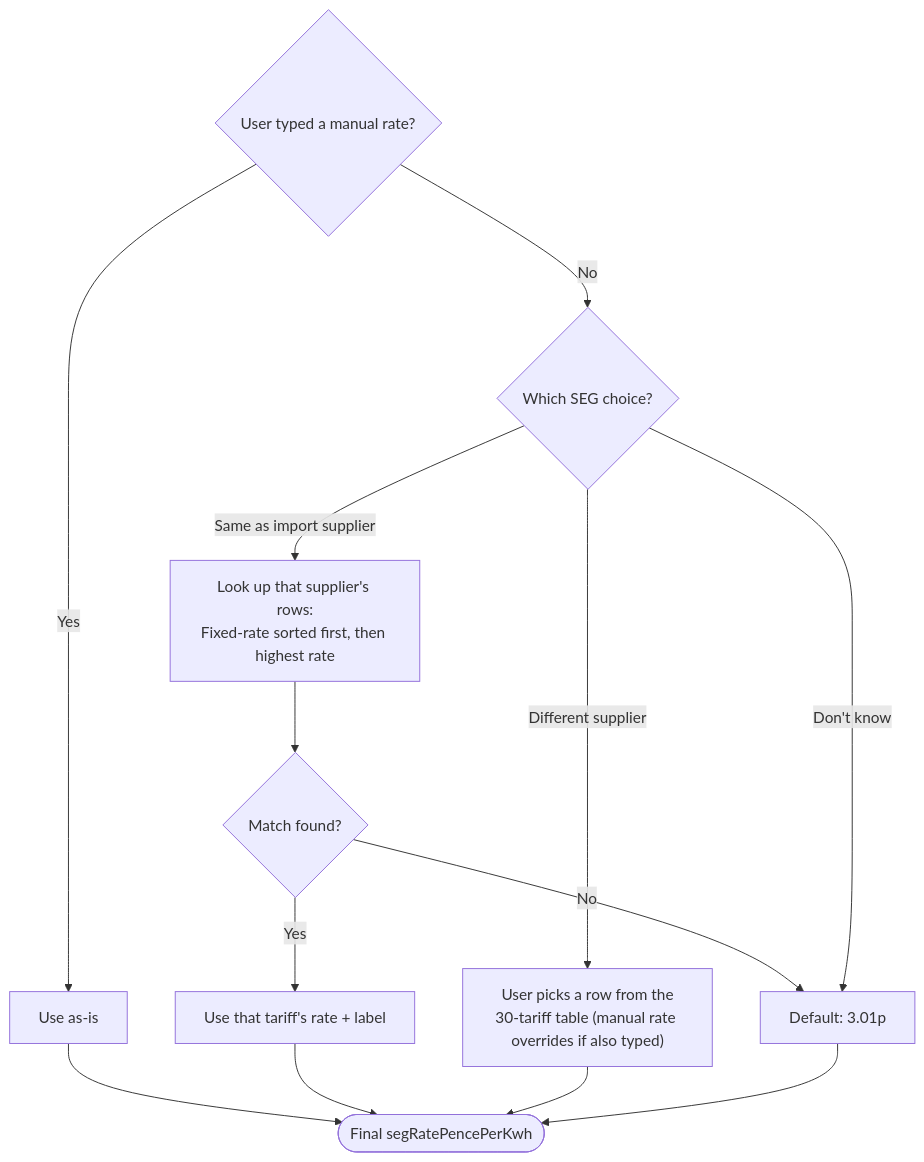
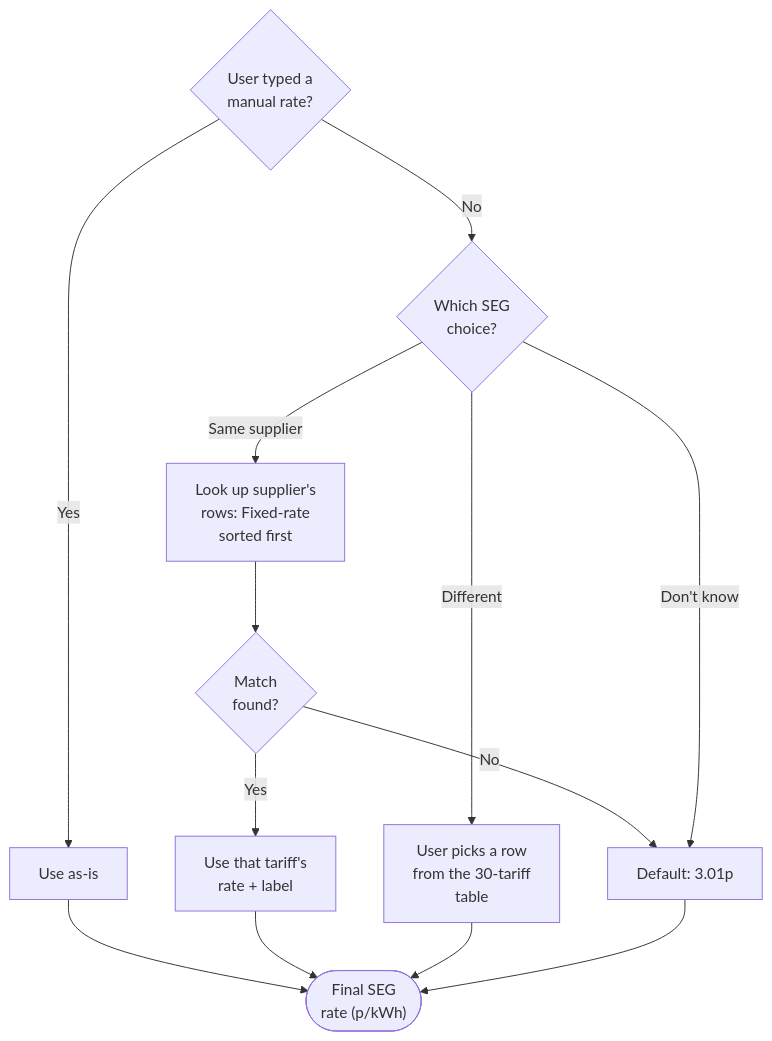
The sixth of 7 diagrams in projects/sunnysideup/docs/calculation-logic.md (spallavi-stack/shubha-pm-portfolio), drawn with Mermaid before and after one commit. The commit also changed other lines of this file, not shown here.

First line of the commit message:
Fix clipped mermaid diagram labels in calculation-logic.md

````diff
--- a/projects/sunnysideup/docs/calculation-logic.md
+++ b/projects/sunnysideup/docs/calculation-logic.md
@@ -218,15 +267,25 @@
 ```mermaid
 flowchart TD
-  S0{"User typed a manual rate?"} -->|Yes| S1["Use as-is"]
-  S0 -->|No| S2{"Which SEG choice?"}
-  S2 -->|"Same as import supplier"| S3["Look up that supplier's rows:<br/>Fixed-rate sorted first, then highest rate"]
-  S3 --> S4{"Match found?"}
-  S4 -->|Yes| S5["Use that tariff's rate + label"]
-  S4 -->|No| S6["Default: 3.01p"]
-  S2 -->|"Different supplier"| S7["User picks a row from the<br/>30-tariff table (manual rate overrides if also typed)"]
+  S0{"User typed a<br/>manual rate?"}
+  S1["Use as-is"]
+  S2{"Which SEG<br/>choice?"}
+  S3["Look up supplier's<br/>rows: Fixed-rate<br/>sorted first"]
+  S4{"Match<br/>found?"}
+  S5["Use that tariff's<br/>rate + label"]
+  S6["Default: 3.01p"]
+  S7["User picks a row<br/>from the 30-tariff<br/>table"]
+  SEGFinal(["Final SEG<br/>rate (p/kWh)"])
+
+  S0 -->|Yes| S1
+  S0 -->|No| S2
+  S2 -->|"Same supplier"| S3
+  S3 --> S4
+  S4 -->|Yes| S5
+  S4 -->|No| S6
+  S2 -->|"Different"| S7
   S2 -->|"Don't know"| S6
-  S1 --> SEGFinal(["Final segRatePencePerKwh"])
+  S1 --> SEGFinal
   S5 --> SEGFinal
   S7 --> SEGFinal
   S6 --> SEGFinal
 ```
````
